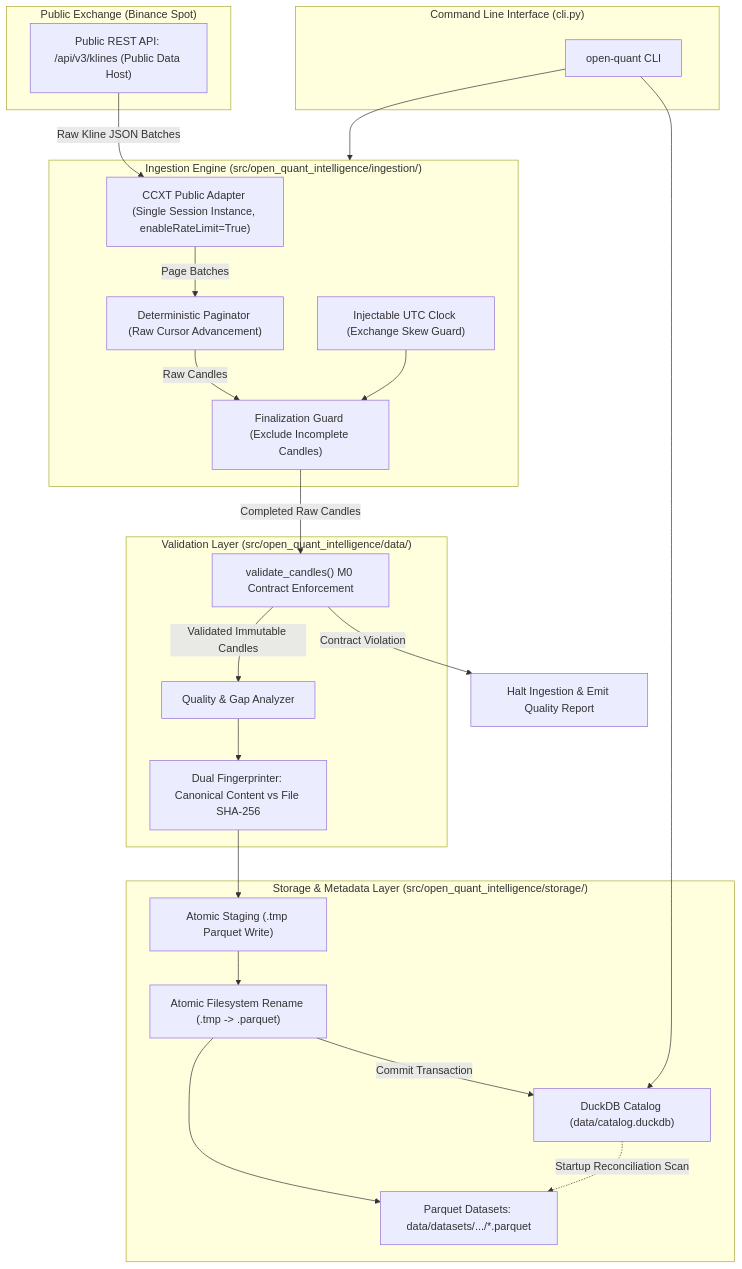
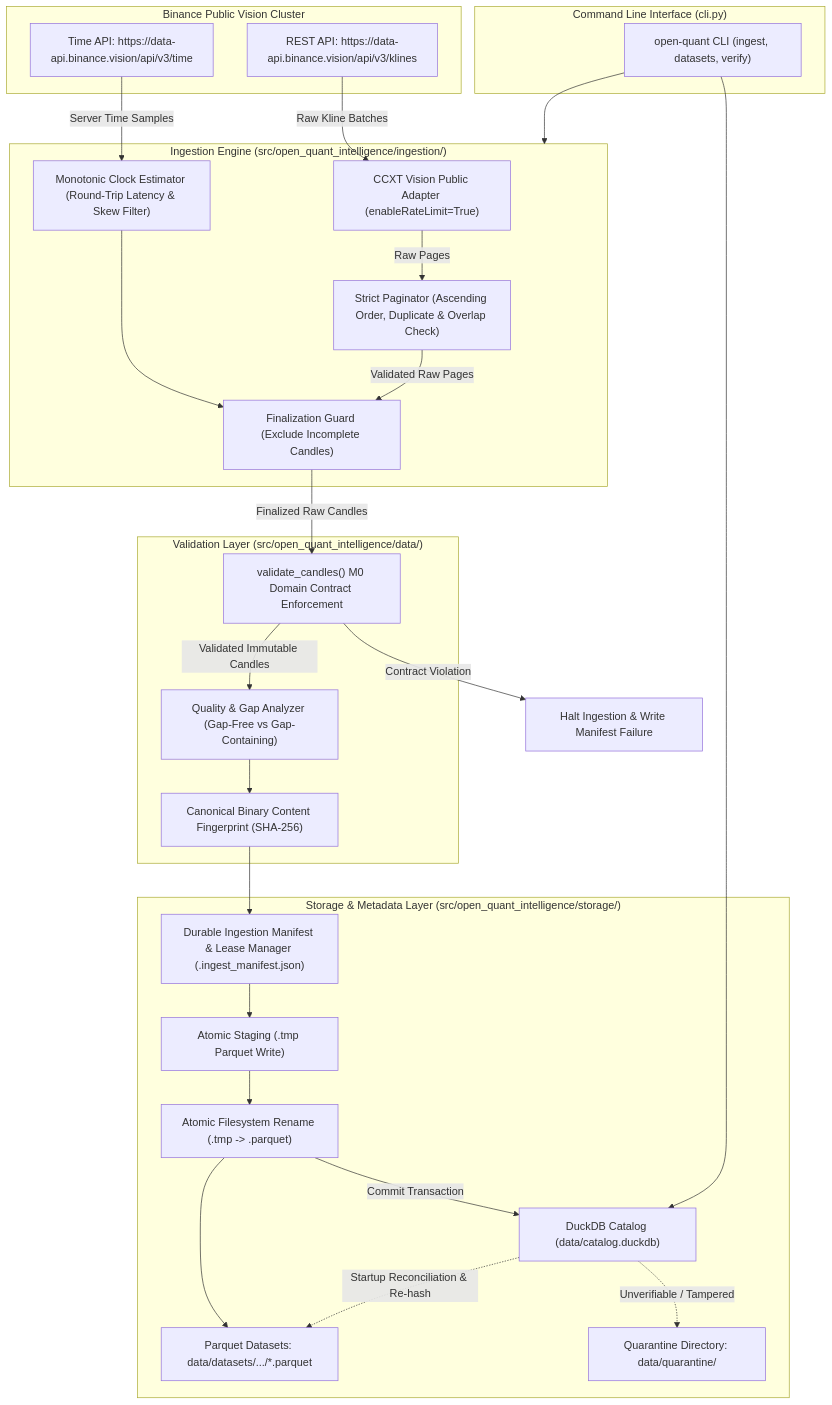
One commit to jayp91131-sudo/open-quant-intelligence changed the diagram in docs/M1_ARCHITECTURE_PROPOSAL.md. Above: the diagram before and after it, drawn with Mermaid. The commit also changed other lines of this file, not shown here.

Commit message:
docs(m1): revise architecture proposal resolving second technical review findings

````diff
--- a/docs/M1_ARCHITECTURE_PROPOSAL.md
+++ b/docs/M1_ARCHITECTURE_PROPOSAL.md
@@ -106,46 +116,52 @@
 ```mermaid
 flowchart TD
-    subgraph Public_Exchange["Public Exchange (Binance Spot)"]
-        API["Public REST API: /api/v3/klines (Public Data Host)"]
+    subgraph Binance_Public["Binance Public Vision Cluster"]
+        API["REST API: https://data-api.binance.vision/api/v3/klines"]
+        TimeAPI["Time API: https://data-api.binance.vision/api/v3/time"]
     end
 
     subgraph Ingestion_Engine["Ingestion Engine (src/open_quant_intelligence/ingestion/)"]
-        Client["CCXT Public Adapter (Single Session Instance, enableRateLimit=True)"]
-        Paginator["Deterministic Paginator (Raw Cursor Advancement)"]
-        Clock["Injectable UTC Clock (Exchange Skew Guard)"]
+        Client["CCXT Vision Public Adapter (enableRateLimit=True)"]
+        ClockSync["Monotonic Clock Estimator (Round-Trip Latency & Skew Filter)"]
+        Paginator["Strict Paginator (Ascending Order, Duplicate & Overlap Check)"]
         Finalizer["Finalization Guard (Exclude Incomplete Candles)"]
     end
 
     subgraph Validation_Layer["Validation Layer (src/open_quant_intelligence/data/)"]
-        Validator["validate_candles() M0 Contract Enforcement"]
-        QualityAnalyzer["Quality & Gap Analyzer"]
-        Fingerprinter["Dual Fingerprinter: Canonical Content vs File SHA-256"]
+        Validator["validate_candles() M0 Domain Contract Enforcement"]
+        QualityAnalyzer["Quality & Gap Analyzer (Gap-Free vs Gap-Containing)"]
+        BinaryFingerprint["Canonical Binary Content Fingerprint (SHA-256)"]
     end
 
     subgraph Storage_Layer["Storage & Metadata Layer (src/open_quant_intelligence/storage/)"]
+        ManifestManager["Durable Ingestion Manifest & Lease Manager (.ingest_manifest.json)"]
         StageStore["Atomic Staging (.tmp Parquet Write)"]
         AtomicRename["Atomic Filesystem Rename (.tmp -> .parquet)"]
         DuckDBCatalog["DuckDB Catalog (data/catalog.duckdb)"]
         DataFiles["Parquet Datasets: data/datasets/.../*.parquet"]
+        Quarantine["Quarantine Directory: data/quarantine/"]
     end
 
     subgraph User_CLI["Command Line Interface (cli.py)"]
-        CLI["open-quant CLI"]
+        CLI["open-quant CLI (ingest, datasets, verify)"]
     end
 
-    API -->|Raw Kline JSON Batches| Client
-    Client -->|Page Batches| Paginator
-    Paginator -->|Raw Candles| Finalizer
-    Clock --> Finalizer
-    Finalizer -->|Completed Raw Candles| Validator
-    Validator -->|Contract Violation| Fail["Halt Ingestion & Emit Quality Report"]
+    TimeAPI -->|Server Time Samples| ClockSync
+    ClockSync --> Finalizer
+    API -->|Raw Kline Batches| Client
+    Client -->|Raw Pages| Paginator
+    Paginator -->|Validated Raw Pages| Finalizer
+    Finalizer -->|Finalized Raw Candles| Validator
+    Validator -->|Contract Violation| Fail["Halt Ingestion & Write Manifest Failure"]
     Validator -->|Validated Immutable Candles| QualityAnalyzer
-    QualityAnalyzer --> Fingerprinter
-    Fingerprinter --> StageStore
+    QualityAnalyzer --> BinaryFingerprint
+    BinaryFingerprint --> ManifestManager
+    ManifestManager --> StageStore
     StageStore --> AtomicRename
     AtomicRename --> DataFiles
     AtomicRename -->|Commit Transaction| DuckDBCatalog
-    DuckDBCatalog -.->|Startup Reconciliation Scan| DataFiles
+    DuckDBCatalog -.->|Startup Reconciliation & Re-hash| DataFiles
+    DuckDBCatalog -.->|Unverifiable / Tampered| Quarantine
     CLI --> Ingestion_Engine
     CLI --> DuckDBCatalog
 ```
````
